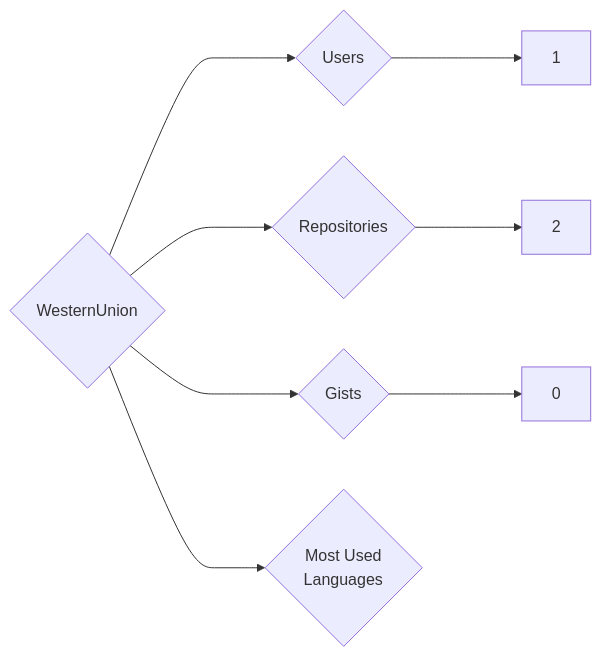
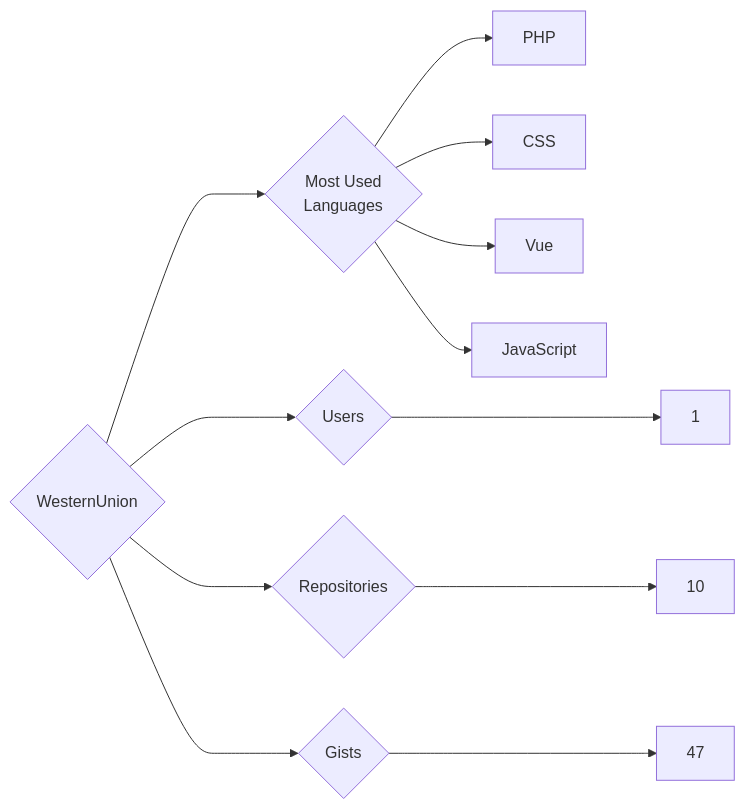
Before and after one commit to trickest/insiders: the diagram in targets/WesternUnion/README.md, drawn with Mermaid. The commit also changed 860 other files, not shown here.

````diff
--- a/targets/WesternUnion/README.md
+++ b/targets/WesternUnion/README.md
@@ -3,8 +3,12 @@
 ```mermaid
 graph LR
 COMPANY_NAME{WesternUnion}
 COMPANY_NAME ---> U{Users} ---> UN[1]
-COMPANY_NAME ---> R{Repositories} ---> RN[2]
-COMPANY_NAME ---> G{Gists} ---> GN[0]
+COMPANY_NAME ---> R{Repositories} ---> RN[10]
+COMPANY_NAME ---> G{Gists} ---> GN[47]
 COMPANY_NAME ---> ML{Most Used<br>Languages}
+ML --> PHP[PHP]
+ML --> CSS[CSS]
+ML --> Vue[Vue]
+ML --> JavaScript[JavaScript]
 ```
````
